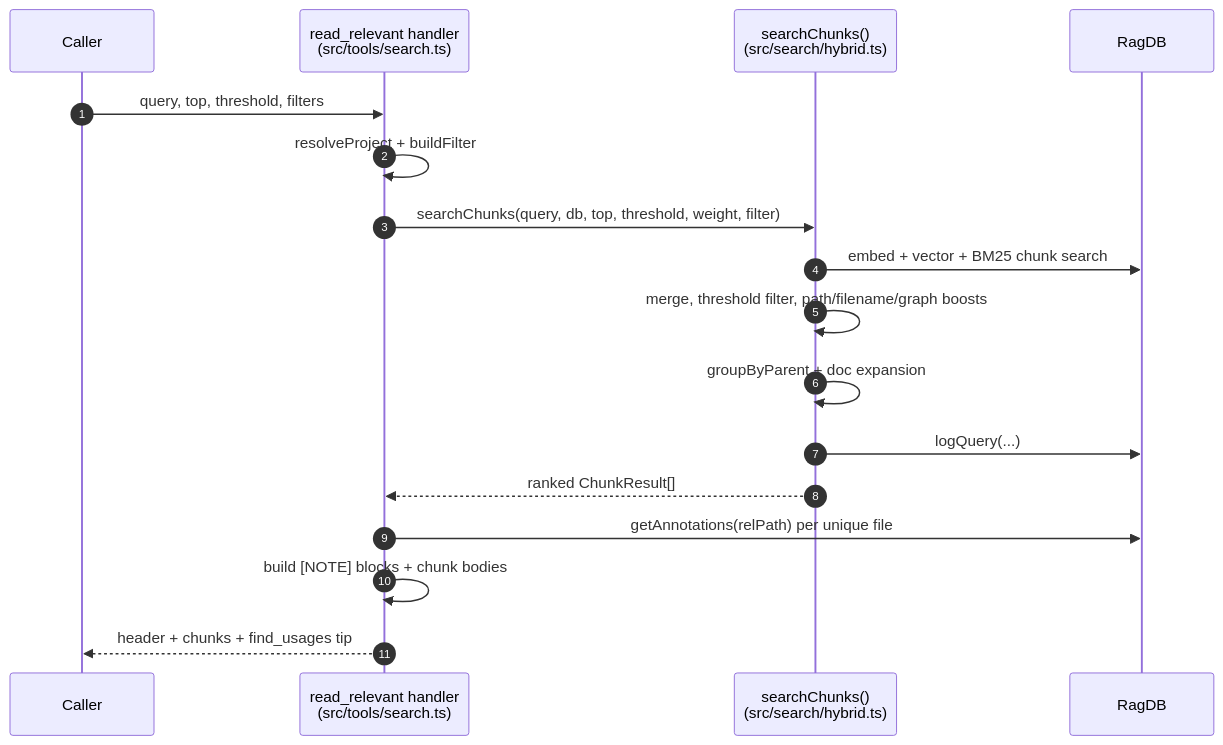
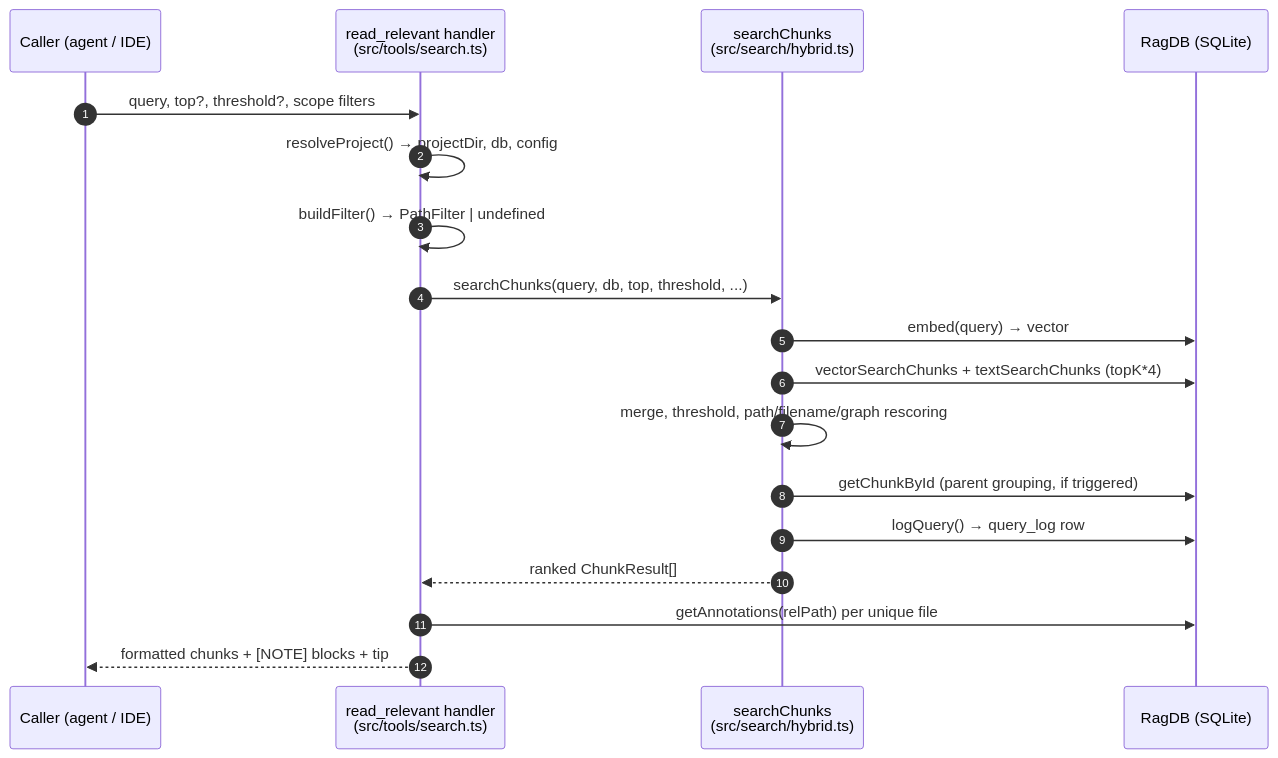
One commit to TheWinci/mimirs changed the diagram in wiki/tools/read-relevant.md. Above: the diagram before and after it, drawn with Mermaid. The commit also changed other lines of this file and 51 other files, not shown here.

````diff
--- a/wiki/tools/read-relevant.md
+++ b/wiki/tools/read-relevant.md
@@ -48,19 +32,20 @@
 ```mermaid
 sequenceDiagram
-  autonumber
-  participant Caller
-  participant Handler as read_relevant handler<br>(src/tools/search.ts)
-  participant Svc as searchChunks()<br>(src/search/hybrid.ts)
-  participant DB as RagDB
-  Caller->>Handler: query, top, threshold, filters
-  Handler->>Handler: resolveProject + buildFilter
-  Handler->>Svc: searchChunks(query, db, top, threshold, weight, filter)
-  Svc->>DB: embed + vector + BM25 chunk search
-  Svc->>Svc: merge, threshold filter, path/filename/graph boosts
-  Svc->>Svc: groupByParent + doc expansion
-  Svc->>DB: logQuery(...)
-  Svc-->>Handler: ranked ChunkResult[]
-  Handler->>DB: getAnnotations(relPath) per unique file
-  Handler->>Handler: build [NOTE] blocks + chunk bodies
-  Handler-->>Caller: header + chunks + find_usages tip
+    autonumber
+    participant Caller as Caller (agent / IDE)
+    participant Tool as read_relevant handler<br>(src/tools/search.ts)
+    participant Hybrid as searchChunks<br>(src/search/hybrid.ts)
+    participant DB as RagDB (SQLite)
+    Caller->>Tool: query, top?, threshold?, scope filters
+    Tool->>Tool: resolveProject() → projectDir, db, config
+    Tool->>Tool: buildFilter() → PathFilter | undefined
+    Tool->>Hybrid: searchChunks(query, db, top, threshold, ...)
+    Hybrid->>DB: embed(query) → vector
+    Hybrid->>DB: vectorSearchChunks + textSearchChunks (topK*4)
+    Hybrid->>Hybrid: merge, threshold, path/filename/graph rescoring
+    Hybrid->>DB: getChunkById (parent grouping, if triggered)
+    Hybrid->>DB: logQuery() → query_log row
+    Hybrid-->>Tool: ranked ChunkResult[]
+    Tool->>DB: getAnnotations(relPath) per unique file
+    Tool-->>Caller: formatted chunks + [NOTE] blocks + tip
 ```
````
